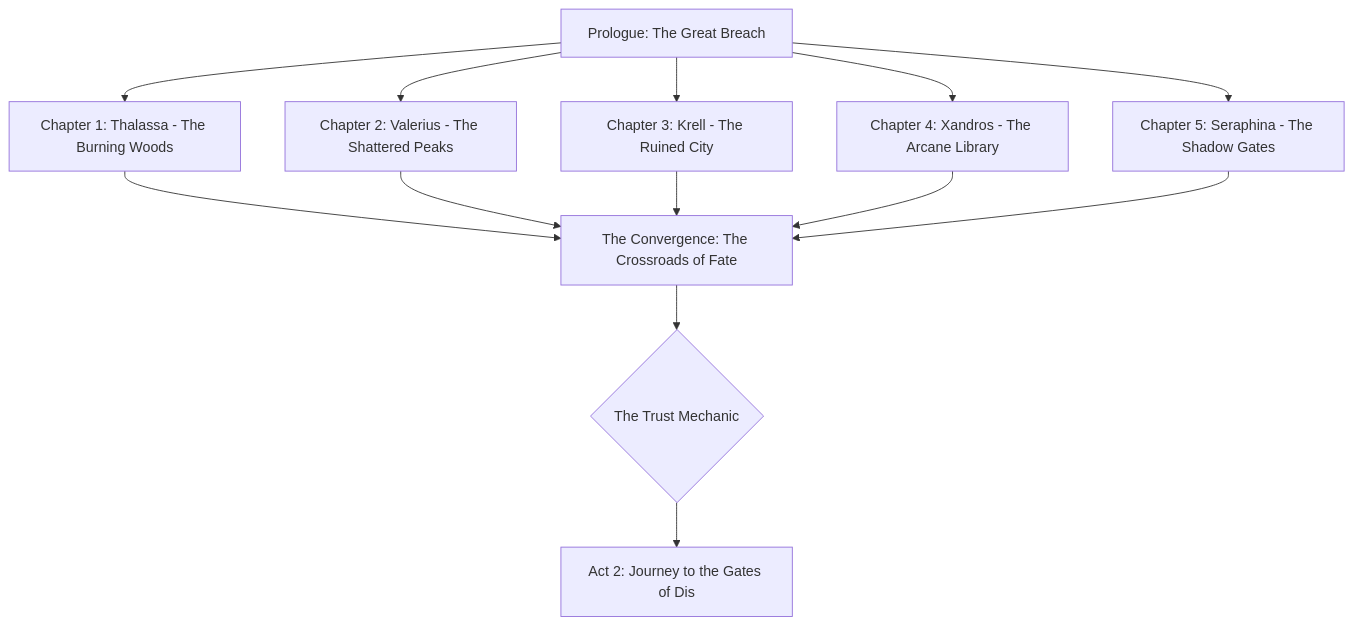
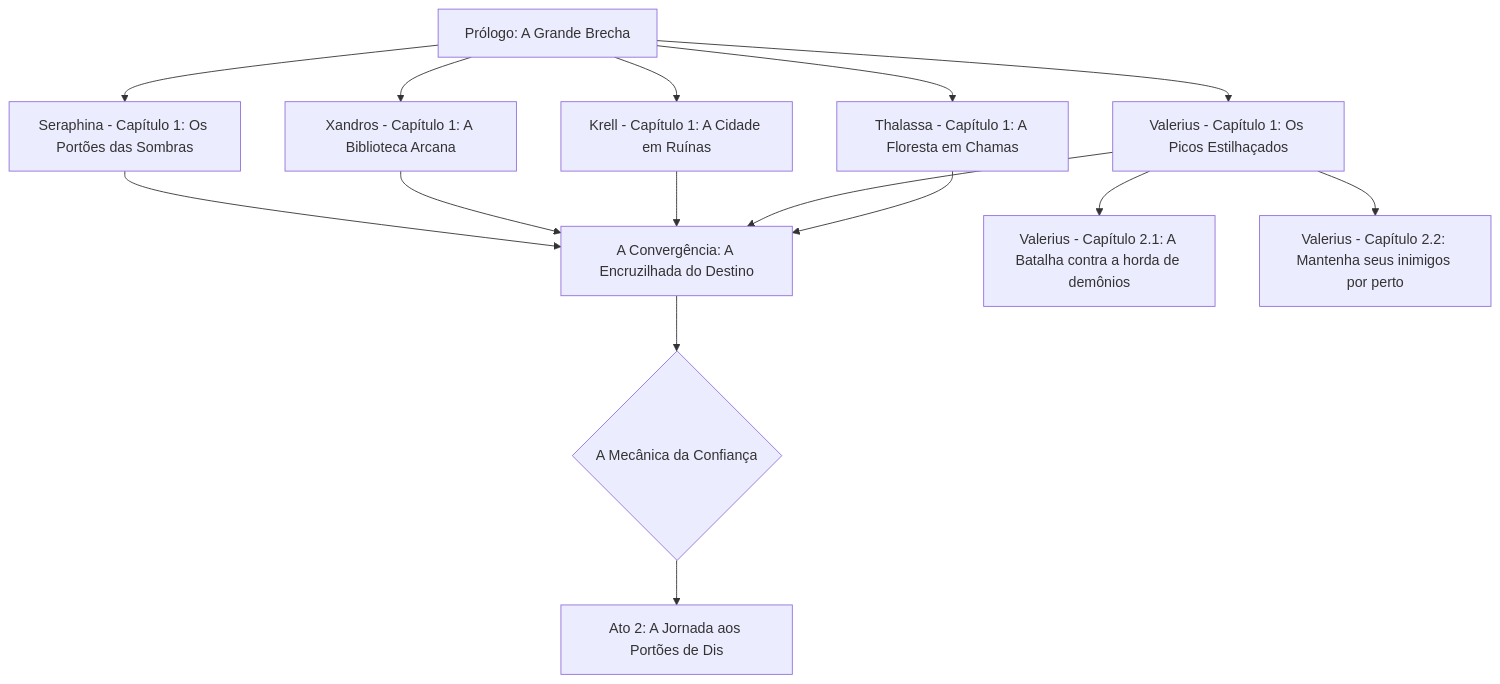
Before and after one commit to woodriveer/h-h: the diagram in README.md, drawn with Mermaid. The commit also changed other lines of this file, not shown here.

````diff
--- a/README.md
+++ b/README.md
@@ -16,17 +16,19 @@
 ```mermaid
 graph TD
-    A[Prologue: The Great Breach] --> B1[Chapter 1: Thalassa - The Burning Woods]
-    A --> B2[Chapter 2: Valerius - The Shattered Peaks]
-    A --> B3[Chapter 3: Krell - The Ruined City]
-    A --> B4[Chapter 4: Xandros - The Arcane Library]
-    A --> B5[Chapter 5: Seraphina - The Shadow Gates]
+    A[Prólogo: A Grande Brecha] --> B1[Thalassa - Capítulo 1: A Floresta em Chamas]
+    A --> B2[Valerius - Capítulo 1: Os Picos Estilhaçados]
+    A --> B3[Krell - Capítulo 1: A Cidade em Ruínas]
+    A --> B4[Xandros - Capítulo 1: A Biblioteca Arcana]
+    A --> B5[Seraphina - Capítulo 1: Os Portões das Sombras]
     
-    B1 --> C[The Convergence: The Crossroads of Fate]
+    B1 --> C[A Convergência: A Encruzilhada do Destino]
+    B2 -->V1A[Valerius - Capítulo 2.1: A Batalha contra a horda de demônios]
+    B2 -->V1B[Valerius - Capítulo 2.2: Mantenha seus inimigos por perto]
     B2 --> C
     B3 --> C
     B4 --> C
     B5 --> C
     
-    C --> D{The Trust Mechanic}
-    D --> E[Act 2: Journey to the Gates of Dis]
+    C --> D{A Mecânica da Confiança}
+    D --> E[Ato 2: A Jornada aos Portões de Dis]
 ```
````
